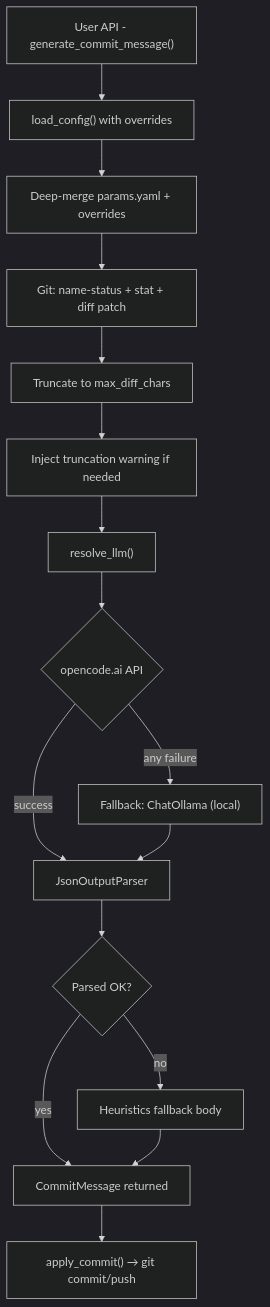
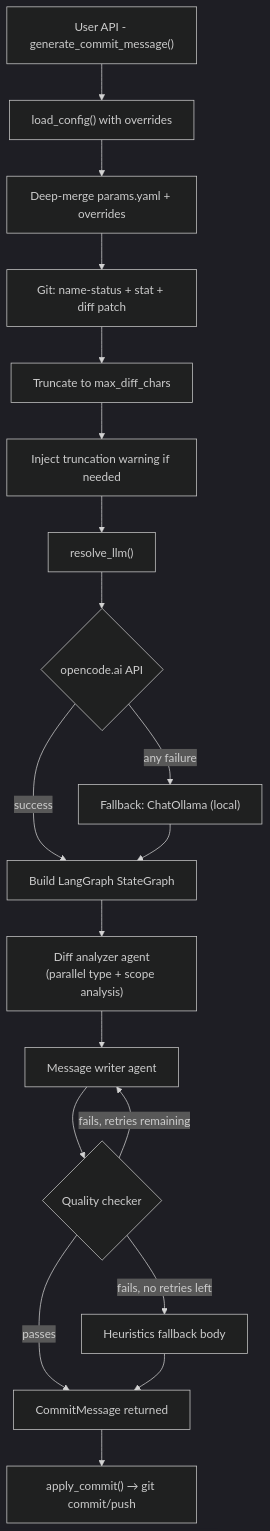
The diagram in README.md (brandon-benge/langchain_autocommit), drawn with Mermaid (dark theme) before and after one commit. The commit also changed other lines of this file and 1 other file, not shown here.

First line of the commit message:
feat(config): add quality retries, config_path, and push_upstream options

````diff
--- a/README.md
+++ b/README.md
@@ -294,18 +322,21 @@
 ```mermaid
 flowchart TD
     A["User API - generate_commit_message()"] --> B["load_config() with overrides"]
     B --> C["Deep-merge params.yaml + overrides"]
     C --> D["Git: name-status + stat + diff patch"]
     D --> E["Truncate to max_diff_chars"]
     E --> F["Inject truncation warning if needed"]
     F --> G["resolve_llm()"]
     G --> H{"opencode.ai API"}
-    H -->|"success"| I["JsonOutputParser"]
+    H -->|"success"| I["Build LangGraph StateGraph"]
     H -->|"any failure"| J["Fallback: ChatOllama (local)"]
     J --> I
-    I --> K{"Parsed OK?"}
-    K -->|"yes"| L["CommitMessage returned"]
-    K -->|"no"| M["Heuristics fallback body"]
-    M --> L
-    L --> N["apply_commit() → git commit/push"]
+    I --> K["Diff analyzer agent<br/>(parallel type + scope analysis)"]
+    K --> L["Message writer agent"]
+    L --> M{"Quality checker"}
+    M -->|"passes"| N["CommitMessage returned"]
+    M -->|"fails, retries remaining"| L
+    M -->|"fails, no retries left"| O["Heuristics fallback body"]
+    O --> N
+    N --> P["apply_commit() → git commit/push"]
 ```
````
